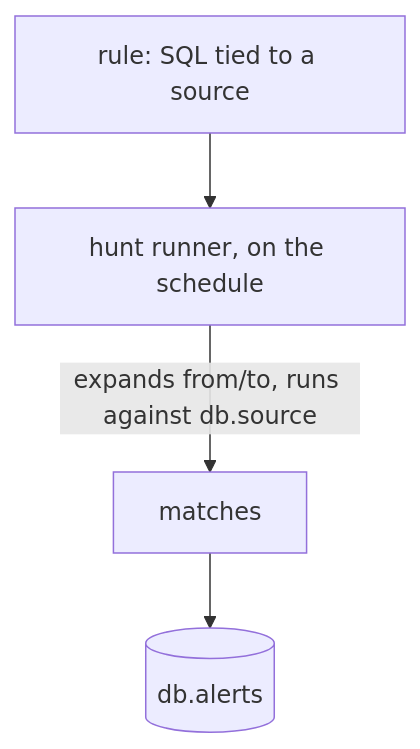
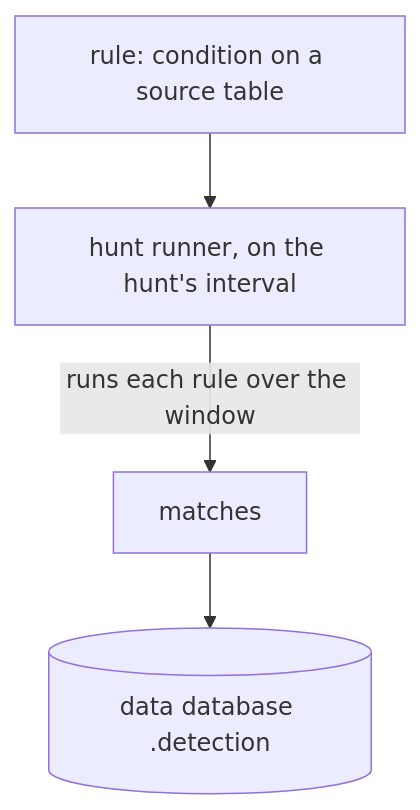
One commit to hyperi-io/dfe-engine changed the diagram in docs/data-plane/source-detections.md. Above: the diagram before and after it, drawn with Mermaid. The commit also changed other lines of this file and 27 other files, not shown here.

````diff
--- a/docs/data-plane/source-detections.md
+++ b/docs/data-plane/source-detections.md
@@ -53,6 +45,6 @@
 ```mermaid
 flowchart TD
-    R[rule: SQL tied to a source] --> H[hunt runner, on the schedule]
-    H -->|expands from/to, runs against db.source| M[matches]
-    M --> A[(db.alerts)]
+    R[rule: condition on a source table] --> H[hunt runner, on the hunt's interval]
+    H -->|runs each rule over the window| M[matches]
+    M --> A[(data database .detection)]
 ```
````
